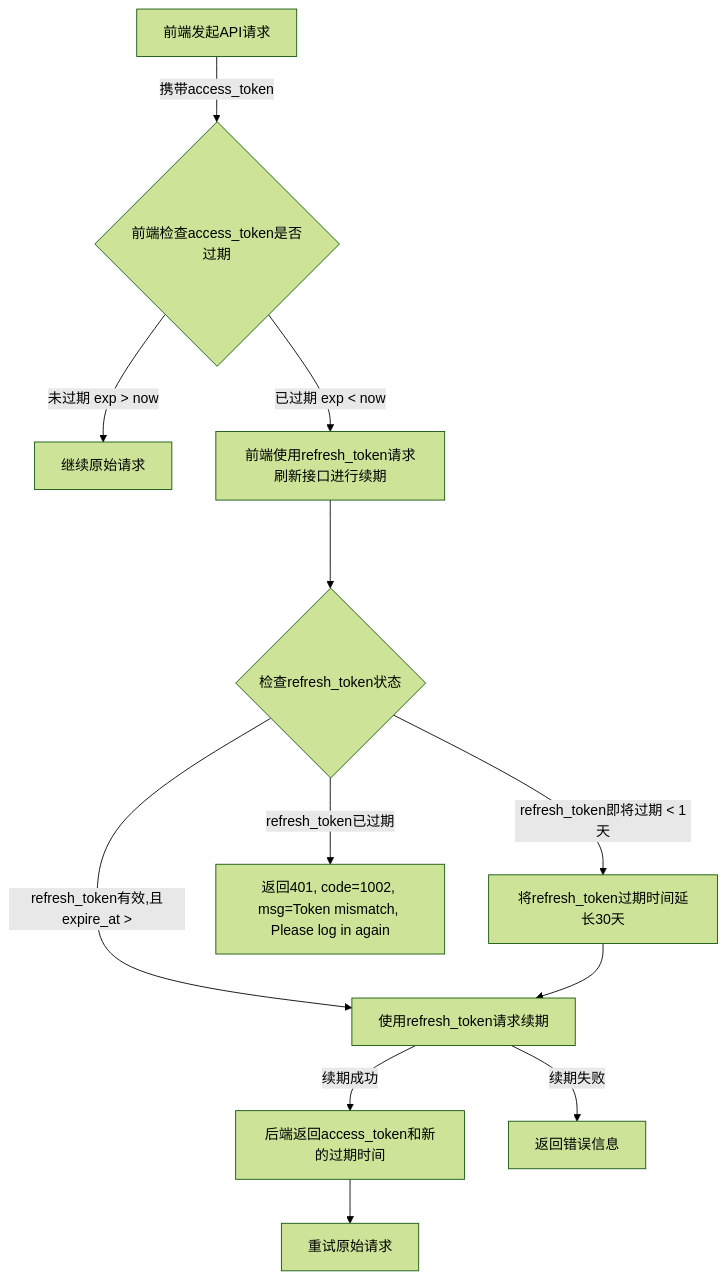
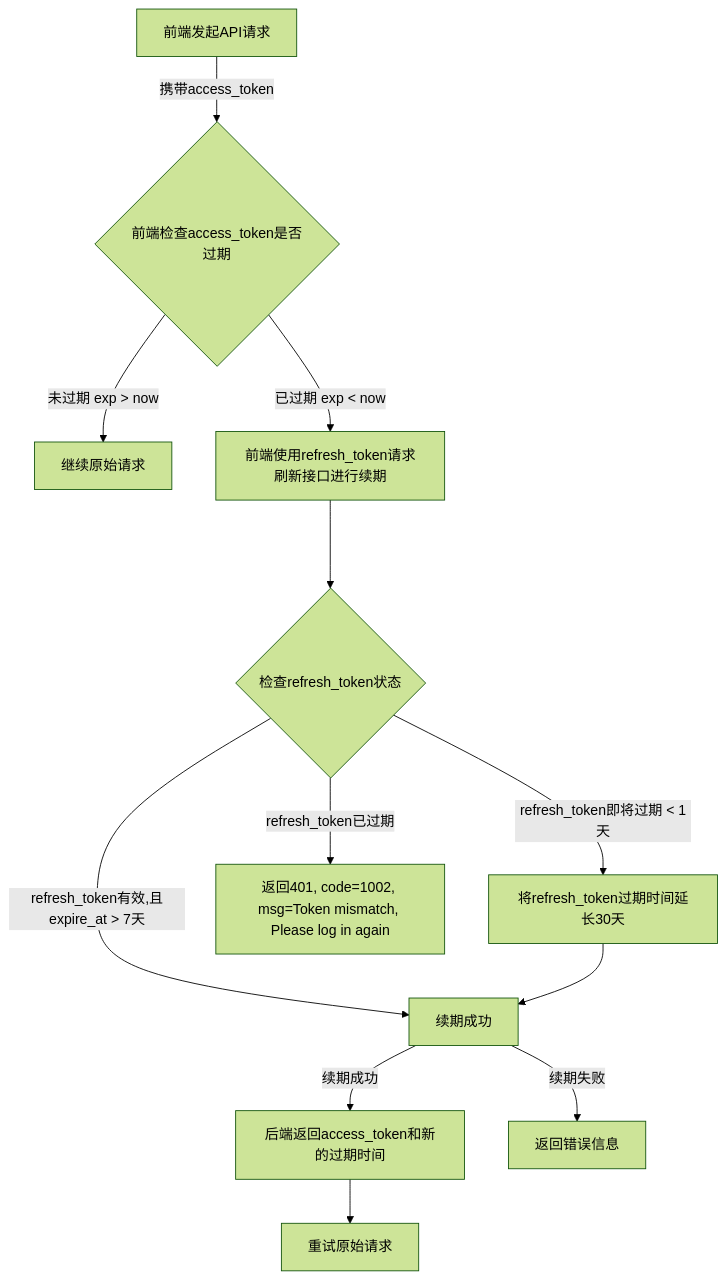
One commit to yingjianzh/iodraw-files changed the diagram in all/openAPI-17.md. Above: the diagram before and after it, drawn with Mermaid (forest theme).

Commit message:
2025-01-08 18:15:33 update

````diff
--- a/all/openAPI-17.md
+++ b/all/openAPI-17.md
@@ -1,15 +1,15 @@
 ```mermaid
 flowchart TD
     A[前端发起API请求] -->|携带access_token| B{前端检查access_token是否过期}
     B -->|未过期 exp > now| C[继续原始请求]
     B -->|已过期 exp < now| D[前端使用refresh_token请求刷新接口进行续期]
     D ---> L{检查refresh_token状态}
     L -->|refresh_token即将过期 < 1天| E[将refresh_token过期时间延长30天]
     L -->|refresh_token已过期| F[返回401, code=1002, msg=Token mismatch, Please log in again]
-    L -->|refresh_token有效,且expire_at > | G[使用refresh_token请求续期]
+    L -->|refresh_token有效,且expire_at > 7天 | G[续期成功]
     G -->|续期成功| H[后端返回access_token和新的过期时间]
     G -->|续期失败| I[返回错误信息]
     H --> J[重试原始请求]
     E --> G
 
 ```
````
